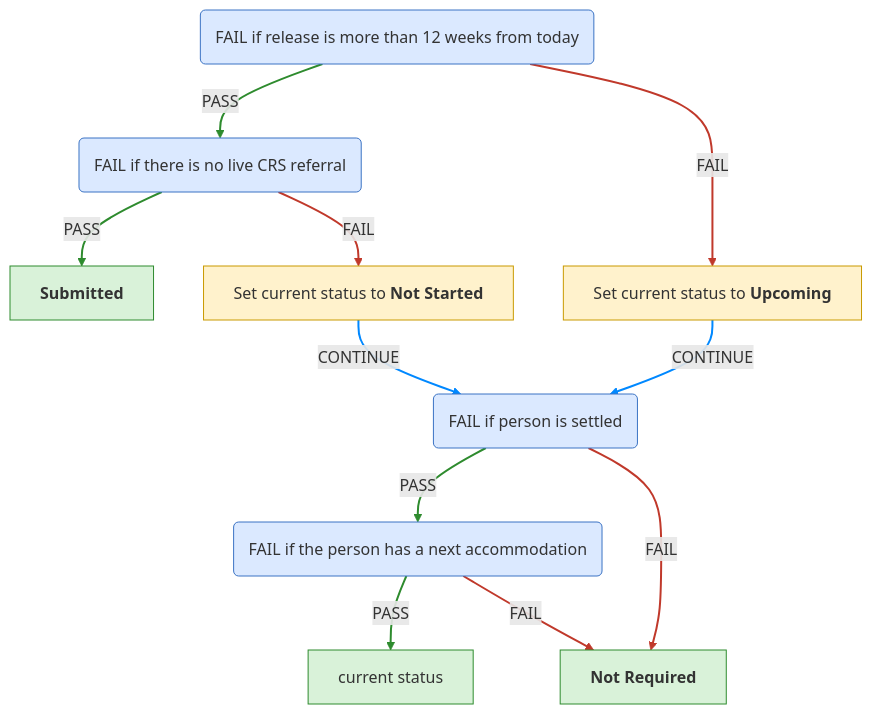
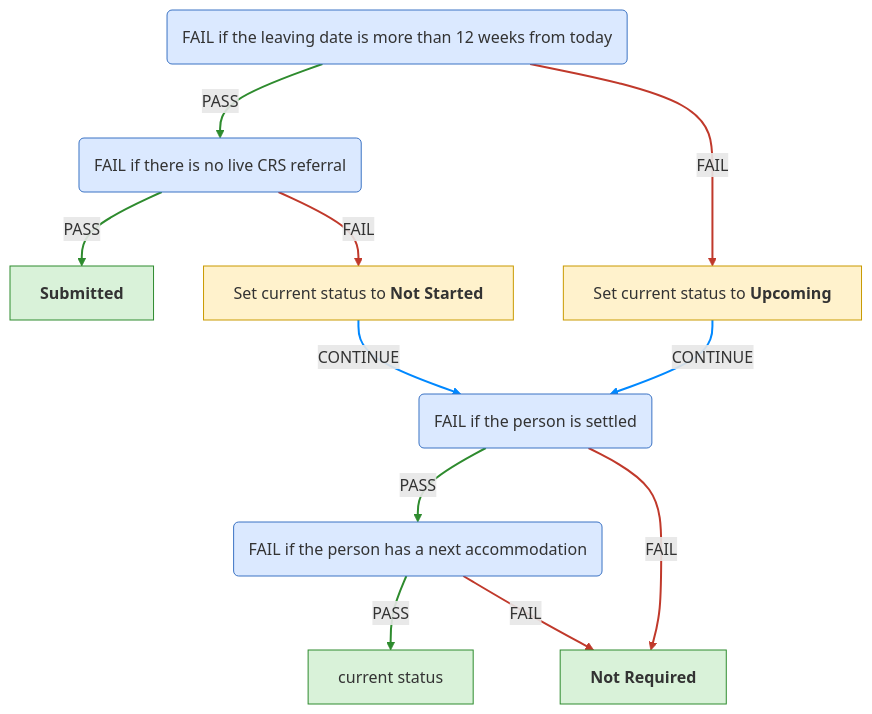
One commit to ministryofjustice/hmpps-single-accommodation-service-api changed the fourth of 6 diagrams in docs/eligibility-rules-graph.md. Above: the diagram before and after it, drawn with Mermaid. The commit also changed other lines of this file and 260 other files, not shown here.

Commit message:
chore/SAS-1544-Review-FAIL-and-PASS-text-and-file-naming-for-rules-engine

````diff
--- a/docs/eligibility-rules-graph.md
+++ b/docs/eligibility-rules-graph.md
@@ -644,32 +644,32 @@
 ```mermaid
 %%{init: {"flowchart": {"wrappingWidth": 800}}}%%
 flowchart TD
-  Release_Within_12_Weeks("<div style='text-align:left'>FAIL if release is more than 12 weeks from today</div>")
-  Live_CRS("<div style='text-align:left'>FAIL if there is no live CRS referral</div>")
+  PASS_if_the_leaving_date_is_missing_or_within_12_weeks_of_today("<div style='text-align:left'>FAIL if the leaving date is more than 12 weeks from today</div>")
+  PASS_if_there_is_a_live_CRS_referral("<div style='text-align:left'>FAIL if there is no live CRS referral</div>")
   CRS_SUBMITTED["<b>Submitted</b>"]
-  Not_Settled("<div style='text-align:left'>FAIL if person is settled</div>")
+  PASS_if_person_is_not_settled("<div style='text-align:left'>FAIL if the person is settled</div>")
   PASS_if_the_person_has_no_next_accommodation("<div style='text-align:left'>FAIL if the person has a next accommodation</div>")
   confirmed["current status"]
   CRS_NOT_REQUIRED["<b>Not Required</b>"]
-  updater_CrsStartContextUpdater_Not_Settled["Set current status to <b>Not Started</b>"]
-  updater_CrsUpcomingContextUpdater_Not_Settled["Set current status to <b>Upcoming</b>"]
-  Live_CRS -->|PASS| CRS_SUBMITTED
+  updater_CrsStartContextUpdater_PASS_if_person_is_not_settled["Set current status to <b>Not Started</b>"]
+  updater_CrsUpcomingContextUpdater_PASS_if_person_is_not_settled["Set current status to <b>Upcoming</b>"]
+  PASS_if_there_is_a_live_CRS_referral -->|PASS| CRS_SUBMITTED
   PASS_if_the_person_has_no_next_accommodation -->|PASS| confirmed
   PASS_if_the_person_has_no_next_accommodation -->|FAIL| CRS_NOT_REQUIRED
-  Not_Settled -->|PASS| PASS_if_the_person_has_no_next_accommodation
-  Not_Settled -->|FAIL| CRS_NOT_REQUIRED
-  Live_CRS -->|FAIL| updater_CrsStartContextUpdater_Not_Settled
-  updater_CrsStartContextUpdater_Not_Settled -->|CONTINUE| Not_Settled
-  Release_Within_12_Weeks -->|PASS| Live_CRS
-  Release_Within_12_Weeks -->|FAIL| updater_CrsUpcomingContextUpdater_Not_Settled
-  updater_CrsUpcomingContextUpdater_Not_Settled -->|CONTINUE| Not_Settled
+  PASS_if_person_is_not_settled -->|PASS| PASS_if_the_person_has_no_next_accommodation
+  PASS_if_person_is_not_settled -->|FAIL| CRS_NOT_REQUIRED
+  PASS_if_there_is_a_live_CRS_referral -->|FAIL| updater_CrsStartContextUpdater_PASS_if_person_is_not_settled
+  updater_CrsStartContextUpdater_PASS_if_person_is_not_settled -->|CONTINUE| PASS_if_person_is_not_settled
+  PASS_if_the_leaving_date_is_missing_or_within_12_weeks_of_today -->|PASS| PASS_if_there_is_a_live_CRS_referral
+  PASS_if_the_leaving_date_is_missing_or_within_12_weeks_of_today -->|FAIL| updater_CrsUpcomingContextUpdater_PASS_if_person_is_not_settled
+  updater_CrsUpcomingContextUpdater_PASS_if_person_is_not_settled -->|CONTINUE| PASS_if_person_is_not_settled
   linkStyle 0,1,3,7 stroke:#2e8b2e,stroke-width:2px
   linkStyle 2,4,5,8 stroke:#c0392b,stroke-width:2px
   linkStyle 6,9 stroke:#0088ff,stroke-width:2px
   classDef ruleSetNode fill:#dbe9ff,stroke:#3b73c4,color:#333
   classDef outcomeNode fill:#d9f2d9,stroke:#2e8b2e,color:#333
   classDef updaterNode fill:#fff2cc,stroke:#c99a00,color:#333
-  class Release_Within_12_Weeks,Live_CRS,Not_Settled,PASS_if_the_person_has_no_next_accommodation ruleSetNode
+  class PASS_if_the_leaving_date_is_missing_or_within_12_weeks_of_today,PASS_if_there_is_a_live_CRS_referral,PASS_if_person_is_not_settled,PASS_if_the_person_has_no_next_accommodation ruleSetNode
   class CRS_SUBMITTED,confirmed,CRS_NOT_REQUIRED outcomeNode
-  class updater_CrsStartContextUpdater_Not_Settled,updater_CrsUpcomingContextUpdater_Not_Settled updaterNode
+  class updater_CrsStartContextUpdater_PASS_if_person_is_not_settled,updater_CrsUpcomingContextUpdater_PASS_if_person_is_not_settled updaterNode
 ```
````
